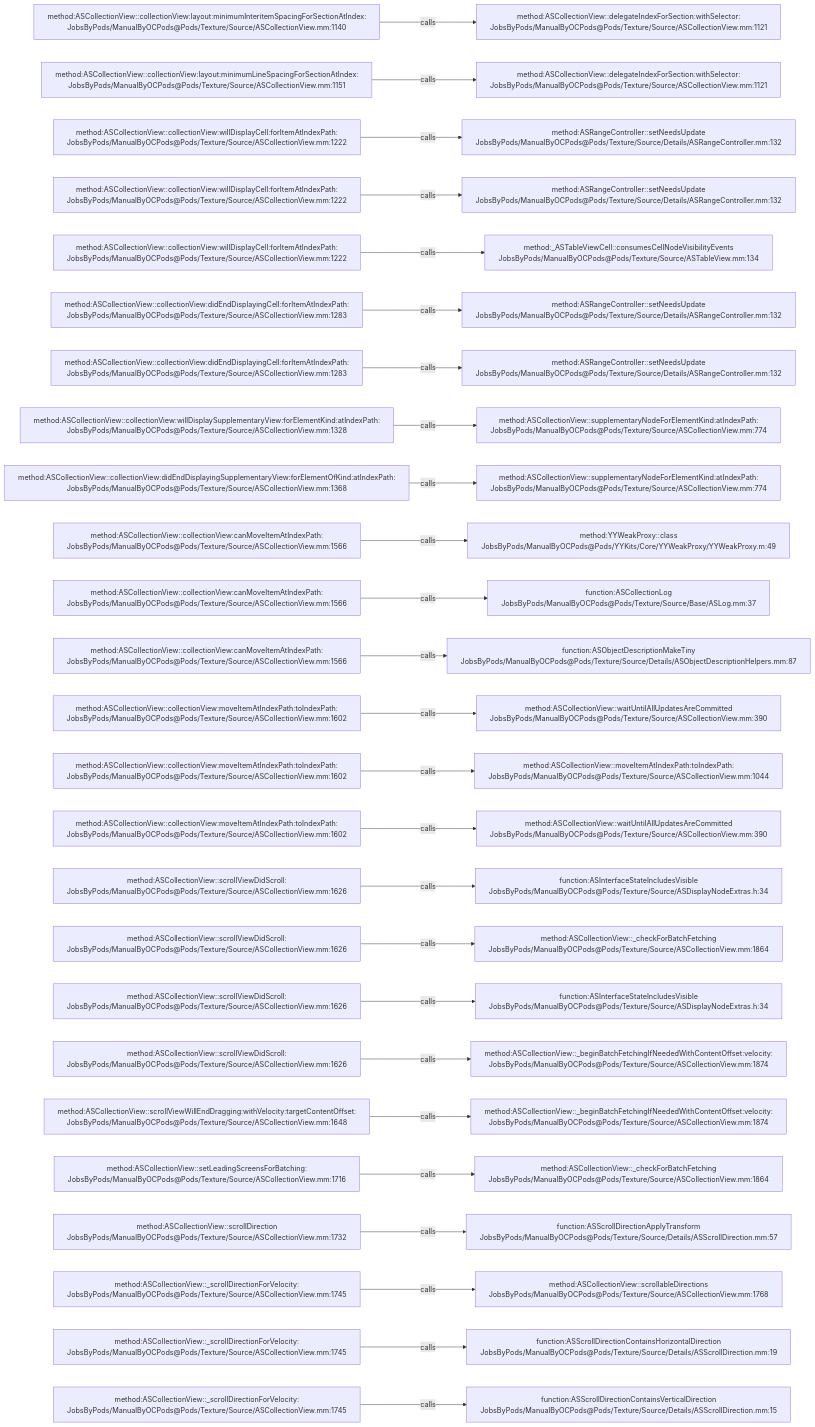
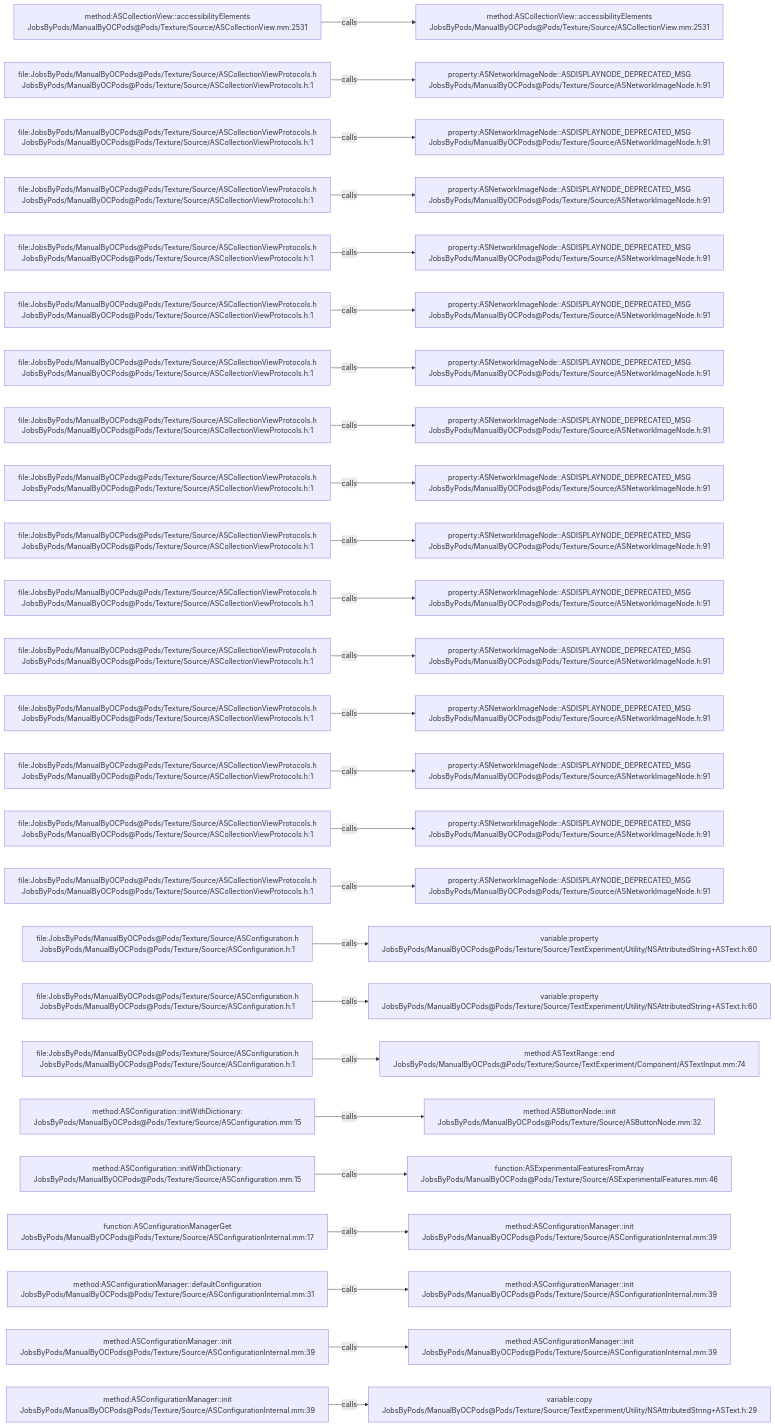
Before and after one commit to JobsKits/JobsOCBaseConfigDemo: the diagram in .codegraph/codegraph.md/graphs/calls-083.md, drawn with Mermaid. The commit also changed 1353 other files, not shown here.

````diff
--- a/.codegraph/codegraph.md/graphs/calls-083.md
+++ b/.codegraph/codegraph.md/graphs/calls-083.md
@@ -13,78 +13,78 @@
 ```mermaid
 flowchart LR
-  S1["method:ASCollectionView::collectionView:layout:minimumInteritemSpacingForSectionAtIndex:<br/>JobsByPods/ManualByOCPods@Pods/Texture/Source/ASCollectionView.mm:1140"]
-  T1["method:ASCollectionView::delegateIndexForSection:withSelector:<br/>JobsByPods/ManualByOCPods@Pods/Texture/Source/ASCollectionView.mm:1121"]
+  S1["method:ASCollectionView::accessibilityElements<br/>JobsByPods/ManualByOCPods@Pods/Texture/Source/ASCollectionView.mm:2531"]
+  T1["method:ASCollectionView::accessibilityElements<br/>JobsByPods/ManualByOCPods@Pods/Texture/Source/ASCollectionView.mm:2531"]
   S1 -->|calls| T1
-  S2["method:ASCollectionView::collectionView:layout:minimumLineSpacingForSectionAtIndex:<br/>JobsByPods/ManualByOCPods@Pods/Texture/Source/ASCollectionView.mm:1151"]
-  T2["method:ASCollectionView::delegateIndexForSection:withSelector:<br/>JobsByPods/ManualByOCPods@Pods/Texture/Source/ASCollectionView.mm:1121"]
+  S2["file:JobsByPods/ManualByOCPods@Pods/Texture/Source/ASCollectionViewProtocols.h<br/>JobsByPods/ManualByOCPods@Pods/Texture/Source/ASCollectionViewProtocols.h:1"]
+  T2["property:ASNetworkImageNode::ASDISPLAYNODE_DEPRECATED_MSG<br/>JobsByPods/ManualByOCPods@Pods/Texture/Source/ASNetworkImageNode.h:91"]
   S2 -->|calls| T2
-  S3["method:ASCollectionView::collectionView:willDisplayCell:forItemAtIndexPath:<br/>JobsByPods/ManualByOCPods@Pods/Texture/Source/ASCollectionView.mm:1222"]
-  T3["method:ASRangeController::setNeedsUpdate<br/>JobsByPods/ManualByOCPods@Pods/Texture/Source/Details/ASRangeController.mm:132"]
+  S3["file:JobsByPods/ManualByOCPods@Pods/Texture/Source/ASCollectionViewProtocols.h<br/>JobsByPods/ManualByOCPods@Pods/Texture/Source/ASCollectionViewProtocols.h:1"]
+  T3["property:ASNetworkImageNode::ASDISPLAYNODE_DEPRECATED_MSG<br/>JobsByPods/ManualByOCPods@Pods/Texture/Source/ASNetworkImageNode.h:91"]
   S3 -->|calls| T3
-  S4["method:ASCollectionView::collectionView:willDisplayCell:forItemAtIndexPath:<br/>JobsByPods/ManualByOCPods@Pods/Texture/Source/ASCollectionView.mm:1222"]
-  T4["method:ASRangeController::setNeedsUpdate<br/>JobsByPods/ManualByOCPods@Pods/Texture/Source/Details/ASRangeController.mm:132"]
+  S4["file:JobsByPods/ManualByOCPods@Pods/Texture/Source/ASCollectionViewProtocols.h<br/>JobsByPods/ManualByOCPods@Pods/Texture/Source/ASCollectionViewProtocols.h:1"]
+  T4["property:ASNetworkImageNode::ASDISPLAYNODE_DEPRECATED_MSG<br/>JobsByPods/ManualByOCPods@Pods/Texture/Source/ASNetworkImageNode.h:91"]
   S4 -->|calls| T4
-  S5["method:ASCollectionView::collectionView:willDisplayCell:forItemAtIndexPath:<br/>JobsByPods/ManualByOCPods@Pods/Texture/Source/ASCollectionView.mm:1222"]
-  T5["method:_ASTableViewCell::consumesCellNodeVisibilityEvents<br/>JobsByPods/ManualByOCPods@Pods/Texture/Source/ASTableView.mm:134"]
+  S5["file:JobsByPods/ManualByOCPods@Pods/Texture/Source/ASCollectionViewProtocols.h<br/>JobsByPods/ManualByOCPods@Pods/Texture/Source/ASCollectionViewProtocols.h:1"]
+  T5["property:ASNetworkImageNode::ASDISPLAYNODE_DEPRECATED_MSG<br/>JobsByPods/ManualByOCPods@Pods/Texture/Source/ASNetworkImageNode.h:91"]
   S5 -->|calls| T5
-  S6["method:ASCollectionView::collectionView:didEndDisplayingCell:forItemAtIndexPath:<br/>JobsByPods/ManualByOCPods@Pods/Texture/Source/ASCollectionView.mm:1283"]
-  T6["method:ASRangeController::setNeedsUpdate<br/>JobsByPods/ManualByOCPods@Pods/Texture/Source/Details/ASRangeController.mm:132"]
+  S6["file:JobsByPods/ManualByOCPods@Pods/Texture/Source/ASCollectionViewProtocols.h<br/>JobsByPods/ManualByOCPods@Pods/Texture/Source/ASCollectionViewProtocols.h:1"]
+  T6["property:ASNetworkImageNode::ASDISPLAYNODE_DEPRECATED_MSG<br/>JobsByPods/ManualByOCPods@Pods/Texture/Source/ASNetworkImageNode.h:91"]
   S6 -->|calls| T6
-  S7["method:ASCollectionView::collectionView:didEndDisplayingCell:forItemAtIndexPath:<br/>JobsByPods/ManualByOCPods@Pods/Texture/Source/ASCollectionView.mm:1283"]
-  T7["method:ASRangeController::setNeedsUpdate<br/>JobsByPods/ManualByOCPods@Pods/Texture/Source/Details/ASRangeController.mm:132"]
+  S7["file:JobsByPods/ManualByOCPods@Pods/Texture/Source/ASCollectionViewProtocols.h<br/>JobsByPods/ManualByOCPods@Pods/Texture/Source/ASCollectionViewProtocols.h:1"]
+  T7["property:ASNetworkImageNode::ASDISPLAYNODE_DEPRECATED_MSG<br/>JobsByPods/ManualByOCPods@Pods/Texture/Source/ASNetworkImageNode.h:91"]
   S7 -->|calls| T7
-  S8["method:ASCollectionView::collectionView:willDisplaySupplementaryView:forElementKind:atIndexPath:<br/>JobsByPods/ManualByOCPods@Pods/Texture/Source/ASCollectionView.mm:1328"]
-  T8["method:ASCollectionView::supplementaryNodeForElementKind:atIndexPath:<br/>JobsByPods/ManualByOCPods@Pods/Texture/Source/ASCollectionView.mm:774"]
+  S8["file:JobsByPods/ManualByOCPods@Pods/Texture/Source/ASCollectionViewProtocols.h<br/>JobsByPods/ManualByOCPods@Pods/Texture/Source/ASCollectionViewProtocols.h:1"]
+  T8["property:ASNetworkImageNode::ASDISPLAYNODE_DEPRECATED_MSG<br/>JobsByPods/ManualByOCPods@Pods/Texture/Source/ASNetworkImageNode.h:91"]
   S8 -->|calls| T8
-  S9["method:ASCollectionView::collectionView:didEndDisplayingSupplementaryView:forElementOfKind:atIndexPath:<br/>JobsByPods/ManualByOCPods@Pods/Texture/Source/ASCollectionView.mm:1368"]
-  T9["method:ASCollectionView::supplementaryNodeForElementKind:atIndexPath:<br/>JobsByPods/ManualByOCPods@Pods/Texture/Source/ASCollectionView.mm:774"]
+  S9["file:JobsByPods/ManualByOCPods@Pods/Texture/Source/ASCollectionViewProtocols.h<br/>JobsByPods/ManualByOCPods@Pods/Texture/Source/ASCollectionViewProtocols.h:1"]
+  T9["property:ASNetworkImageNode::ASDISPLAYNODE_DEPRECATED_MSG<br/>JobsByPods/ManualByOCPods@Pods/Texture/Source/ASNetworkImageNode.h:91"]
   S9 -->|calls| T9
-  S10["method:ASCollectionView::collectionView:canMoveItemAtIndexPath:<br/>JobsByPods/ManualByOCPods@Pods/Texture/Source/ASCollectionView.mm:1566"]
-  T10["method:YYWeakProxy::class<br/>JobsByPods/ManualByOCPods@Pods/YYKits/Core/YYWeakProxy/YYWeakProxy.m:49"]
+  S10["file:JobsByPods/ManualByOCPods@Pods/Texture/Source/ASCollectionViewProtocols.h<br/>JobsByPods/ManualByOCPods@Pods/Texture/Source/ASCollectionViewProtocols.h:1"]
+  T10["property:ASNetworkImageNode::ASDISPLAYNODE_DEPRECATED_MSG<br/>JobsByPods/ManualByOCPods@Pods/Texture/Source/ASNetworkImageNode.h:91"]
   S10 -->|calls| T10
-  S11["method:ASCollectionView::collectionView:canMoveItemAtIndexPath:<br/>JobsByPods/ManualByOCPods@Pods/Texture/Source/ASCollectionView.mm:1566"]
-  T11["function:ASCollectionLog<br/>JobsByPods/ManualByOCPods@Pods/Texture/Source/Base/ASLog.mm:37"]
+  S11["file:JobsByPods/ManualByOCPods@Pods/Texture/Source/ASCollectionViewProtocols.h<br/>JobsByPods/ManualByOCPods@Pods/Texture/Source/ASCollectionViewProtocols.h:1"]
+  T11["property:ASNetworkImageNode::ASDISPLAYNODE_DEPRECATED_MSG<br/>JobsByPods/ManualByOCPods@Pods/Texture/Source/ASNetworkImageNode.h:91"]
   S11 -->|calls| T11
-  S12["method:ASCollectionView::collectionView:canMoveItemAtIndexPath:<br/>JobsByPods/ManualByOCPods@Pods/Texture/Source/ASCollectionView.mm:1566"]
-  T12["function:ASObjectDescriptionMakeTiny<br/>JobsByPods/ManualByOCPods@Pods/Texture/Source/Details/ASObjectDescriptionHelpers.mm:87"]
+  S12["file:JobsByPods/ManualByOCPods@Pods/Texture/Source/ASCollectionViewProtocols.h<br/>JobsByPods/ManualByOCPods@Pods/Texture/Source/ASCollectionViewProtocols.h:1"]
+  T12["property:ASNetworkImageNode::ASDISPLAYNODE_DEPRECATED_MSG<br/>JobsByPods/ManualByOCPods@Pods/Texture/Source/ASNetworkImageNode.h:91"]
   S12 -->|calls| T12
-  S13["method:ASCollectionView::collectionView:moveItemAtIndexPath:toIndexPath:<br/>JobsByPods/ManualByOCPods@Pods/Texture/Source/ASCollectionView.mm:1602"]
-  T13["method:ASCollectionView::waitUntilAllUpdatesAreCommitted<br/>JobsByPods/ManualByOCPods@Pods/Texture/Source/ASCollectionView.mm:390"]
+  S13["file:JobsByPods/ManualByOCPods@Pods/Texture/Source/ASCollectionViewProtocols.h<br/>JobsByPods/ManualByOCPods@Pods/Texture/Source/ASCollectionViewProtocols.h:1"]
+  T13["property:ASNetworkImageNode::ASDISPLAYNODE_DEPRECATED_MSG<br/>JobsByPods/ManualByOCPods@Pods/Texture/Source/ASNetworkImageNode.h:91"]
   S13 -->|calls| T13
-  S14["method:ASCollectionView::collectionView:moveItemAtIndexPath:toIndexPath:<br/>JobsByPods/ManualByOCPods@Pods/Texture/Source/ASCollectionView.mm:1602"]
-  T14["method:ASCollectionView::moveItemAtIndexPath:toIndexPath:<br/>JobsByPods/ManualByOCPods@Pods/Texture/Source/ASCollectionView.mm:1044"]
+  S14["file:JobsByPods/ManualByOCPods@Pods/Texture/Source/ASCollectionViewProtocols.h<br/>JobsByPods/ManualByOCPods@Pods/Texture/Source/ASCollectionViewProtocols.h:1"]
+  T14["property:ASNetworkImageNode::ASDISPLAYNODE_DEPRECATED_MSG<br/>JobsByPods/ManualByOCPods@Pods/Texture/Source/ASNetworkImageNode.h:91"]
   S14 -->|calls| T14
-  S15["method:ASCollectionView::collectionView:moveItemAtIndexPath:toIndexPath:<br/>JobsByPods/ManualByOCPods@Pods/Texture/Source/ASCollectionView.mm:1602"]
-  T15["method:ASCollectionView::waitUntilAllUpdatesAreCommitted<br/>JobsByPods/ManualByOCPods@Pods/Texture/Source/ASCollectionView.mm:390"]
+  S15["file:JobsByPods/ManualByOCPods@Pods/Texture/Source/ASCollectionViewProtocols.h<br/>JobsByPods/ManualByOCPods@Pods/Texture/Source/ASCollectionViewProtocols.h:1"]
+  T15["property:ASNetworkImageNode::ASDISPLAYNODE_DEPRECATED_MSG<br/>JobsByPods/ManualByOCPods@Pods/Texture/Source/ASNetworkImageNode.h:91"]
   S15 -->|calls| T15
-  S16["method:ASCollectionView::scrollViewDidScroll:<br/>JobsByPods/ManualByOCPods@Pods/Texture/Source/ASCollectionView.mm:1626"]
-  T16["function:ASInterfaceStateIncludesVisible<br/>JobsByPods/ManualByOCPods@Pods/Texture/Source/ASDisplayNodeExtras.h:34"]
+  S16["file:JobsByPods/ManualByOCPods@Pods/Texture/Source/ASCollectionViewProtocols.h<br/>JobsByPods/ManualByOCPods@Pods/Texture/Source/ASCollectionViewProtocols.h:1"]
+  T16["property:ASNetworkImageNode::ASDISPLAYNODE_DEPRECATED_MSG<br/>JobsByPods/ManualByOCPods@Pods/Texture/Source/ASNetworkImageNode.h:91"]
   S16 -->|calls| T16
-  S17["method:ASCollectionView::scrollViewDidScroll:<br/>JobsByPods/ManualByOCPods@Pods/Texture/Source/ASCollectionView.mm:1626"]
-  T17["method:ASCollectionView::_checkForBatchFetching<br/>JobsByPods/ManualByOCPods@Pods/Texture/Source/ASCollectionView.mm:1864"]
+  S17["file:JobsByPods/ManualByOCPods@Pods/Texture/Source/ASConfiguration.h<br/>JobsByPods/ManualByOCPods@Pods/Texture/Source/ASConfiguration.h:1"]
+  T17["variable:property<br/>JobsByPods/ManualByOCPods@Pods/Texture/Source/TextExperiment/Utility/NSAttributedString+ASText.h:60"]
   S17 -->|calls| T17
-  S18["method:ASCollectionView::scrollViewDidScroll:<br/>JobsByPods/ManualByOCPods@Pods/Texture/Source/ASCollectionView.mm:1626"]
-  T18["function:ASInterfaceStateIncludesVisible<br/>JobsByPods/ManualByOCPods@Pods/Texture/Source/ASDisplayNodeExtras.h:34"]
+  S18["file:JobsByPods/ManualByOCPods@Pods/Texture/Source/ASConfiguration.h<br/>JobsByPods/ManualByOCPods@Pods/Texture/Source/ASConfiguration.h:1"]
+  T18["variable:property<br/>JobsByPods/ManualByOCPods@Pods/Texture/Source/TextExperiment/Utility/NSAttributedString+ASText.h:60"]
   S18 -->|calls| T18
-  S19["method:ASCollectionView::scrollViewDidScroll:<br/>JobsByPods/ManualByOCPods@Pods/Texture/Source/ASCollectionView.mm:1626"]
-  T19["method:ASCollectionView::_beginBatchFetchingIfNeededWithContentOffset:velocity:<br/>JobsByPods/ManualByOCPods@Pods/Texture/Source/ASCollectionView.mm:1874"]
+  S19["file:JobsByPods/ManualByOCPods@Pods/Texture/Source/ASConfiguration.h<br/>JobsByPods/ManualByOCPods@Pods/Texture/Source/ASConfiguration.h:1"]
+  T19["method:ASTextRange::end<br/>JobsByPods/ManualByOCPods@Pods/Texture/Source/TextExperiment/Component/ASTextInput.mm:74"]
   S19 -->|calls| T19
-  S20["method:ASCollectionView::scrollViewWillEndDragging:withVelocity:targetContentOffset:<br/>JobsByPods/ManualByOCPods@Pods/Texture/Source/ASCollectionView.mm:1648"]
-  T20["method:ASCollectionView::_beginBatchFetchingIfNeededWithContentOffset:velocity:<br/>JobsByPods/ManualByOCPods@Pods/Texture/Source/ASCollectionView.mm:1874"]
+  S20["method:ASConfiguration::initWithDictionary:<br/>JobsByPods/ManualByOCPods@Pods/Texture/Source/ASConfiguration.mm:15"]
+  T20["method:ASButtonNode::init<br/>JobsByPods/ManualByOCPods@Pods/Texture/Source/ASButtonNode.mm:32"]
   S20 -->|calls| T20
-  S21["method:ASCollectionView::setLeadingScreensForBatching:<br/>JobsByPods/ManualByOCPods@Pods/Texture/Source/ASCollectionView.mm:1716"]
-  T21["method:ASCollectionView::_checkForBatchFetching<br/>JobsByPods/ManualByOCPods@Pods/Texture/Source/ASCollectionView.mm:1864"]
+  S21["method:ASConfiguration::initWithDictionary:<br/>JobsByPods/ManualByOCPods@Pods/Texture/Source/ASConfiguration.mm:15"]
+  T21["function:ASExperimentalFeaturesFromArray<br/>JobsByPods/ManualByOCPods@Pods/Texture/Source/ASExperimentalFeatures.mm:46"]
   S21 -->|calls| T21
-  S22["method:ASCollectionView::scrollDirection<br/>JobsByPods/ManualByOCPods@Pods/Texture/Source/ASCollectionView.mm:1732"]
-  T22["function:ASScrollDirectionApplyTransform<br/>JobsByPods/ManualByOCPods@Pods/Texture/Source/Details/ASScrollDirection.mm:57"]
+  S22["function:ASConfigurationManagerGet<br/>JobsByPods/ManualByOCPods@Pods/Texture/Source/ASConfigurationInternal.mm:17"]
+  T22["method:ASConfigurationManager::init<br/>JobsByPods/ManualByOCPods@Pods/Texture/Source/ASConfigurationInternal.mm:39"]
   S22 -->|calls| T22
-  S23["method:ASCollectionView::_scrollDirectionForVelocity:<br/>JobsByPods/ManualByOCPods@Pods/Texture/Source/ASCollectionView.mm:1745"]
-  T23["method:ASCollectionView::scrollableDirections<br/>JobsByPods/ManualByOCPods@Pods/Texture/Source/ASCollectionView.mm:1768"]
+  S23["method:ASConfigurationManager::defaultConfiguration<br/>JobsByPods/ManualByOCPods@Pods/Texture/Source/ASConfigurationInternal.mm:31"]
+  T23["method:ASConfigurationManager::init<br/>JobsByPods/ManualByOCPods@Pods/Texture/Source/ASConfigurationInternal.mm:39"]
   S23 -->|calls| T23
-  S24["method:ASCollectionView::_scrollDirectionForVelocity:<br/>JobsByPods/ManualByOCPods@Pods/Texture/Source/ASCollectionView.mm:1745"]
-  T24["function:ASScrollDirectionContainsHorizontalDirection<br/>JobsByPods/ManualByOCPods@Pods/Texture/Source/Details/ASScrollDirection.mm:19"]
+  S24["method:ASConfigurationManager::init<br/>JobsByPods/ManualByOCPods@Pods/Texture/Source/ASConfigurationInternal.mm:39"]
+  T24["method:ASConfigurationManager::init<br/>JobsByPods/ManualByOCPods@Pods/Texture/Source/ASConfigurationInternal.mm:39"]
   S24 -->|calls| T24
-  S25["method:ASCollectionView::_scrollDirectionForVelocity:<br/>JobsByPods/ManualByOCPods@Pods/Texture/Source/ASCollectionView.mm:1745"]
-  T25["function:ASScrollDirectionContainsVerticalDirection<br/>JobsByPods/ManualByOCPods@Pods/Texture/Source/Details/ASScrollDirection.mm:15"]
+  S25["method:ASConfigurationManager::init<br/>JobsByPods/ManualByOCPods@Pods/Texture/Source/ASConfigurationInternal.mm:39"]
+  T25["variable:copy<br/>JobsByPods/ManualByOCPods@Pods/Texture/Source/TextExperiment/Utility/NSAttributedString+ASText.h:29"]
   S25 -->|calls| T25
 ```
````
